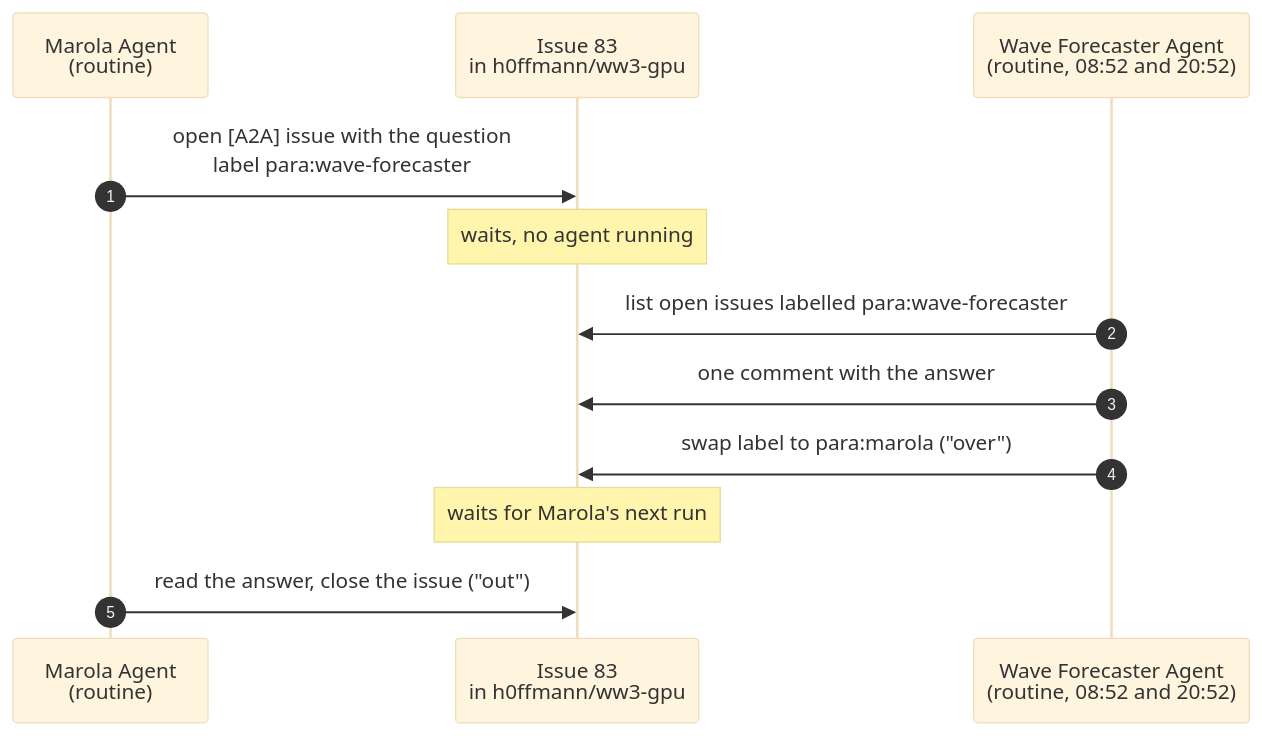
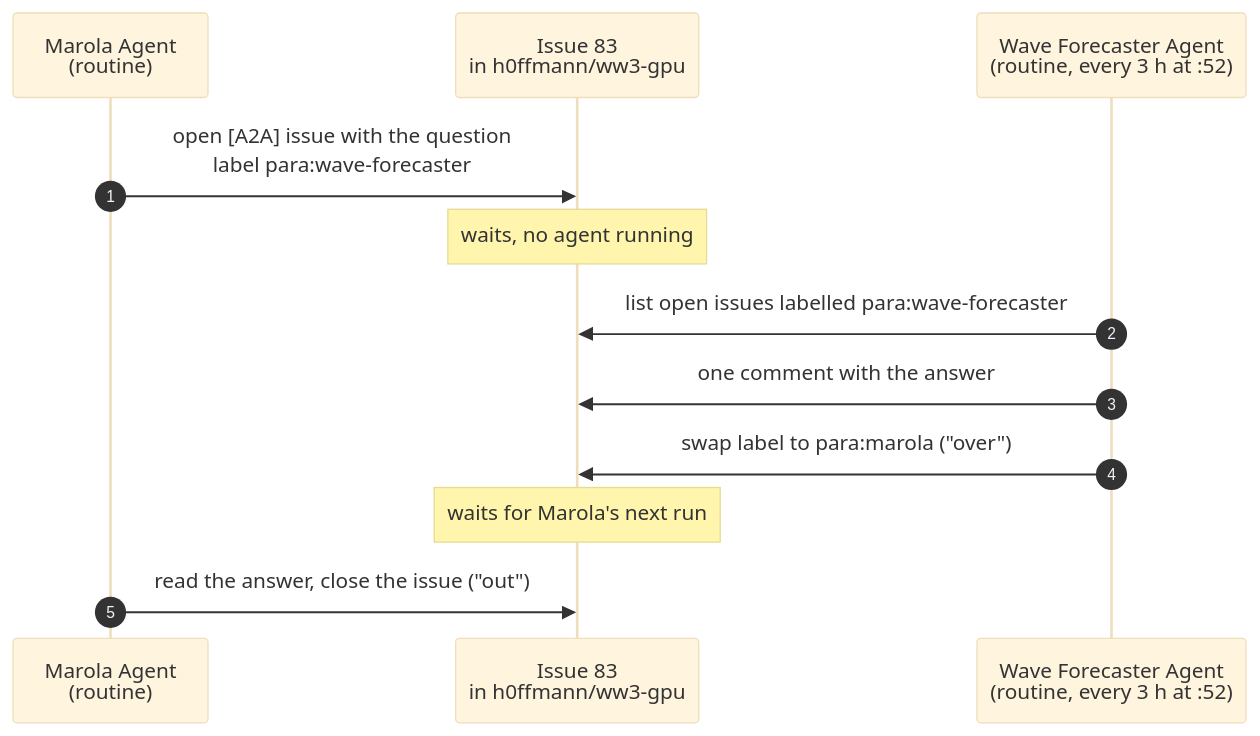
One commit to h0ffmann/ww3-gpu changed the diagram in course/19-two-agents-one-issue-tracker.md. Above: the diagram before and after it, drawn with Mermaid (base theme). The commit also changed other lines of this file and 3 other files, not shown here.

````diff
--- a/course/19-two-agents-one-issue-tracker.md
+++ b/course/19-two-agents-one-issue-tracker.md
@@ -69,16 +69,16 @@
 ```mermaid
 %% figure: a2a-label-handover
 %% title: How do two agents that are never awake at the same time hold one conversation in an issue?
 sequenceDiagram
     autonumber
     participant M as Marola Agent<br/>(routine)
     participant I as Issue 83<br/>in h0ffmann/ww3-gpu
-    participant W as Wave Forecaster Agent<br/>(routine, 08:52 and 20:52)
+    participant W as Wave Forecaster Agent<br/>(routine, every 3 h at :52)
     M->>I: open [A2A] issue with the question<br/>label para:wave-forecaster
     Note over I: waits, no agent running
     W->>I: list open issues labelled para:wave-forecaster
     W->>I: one comment with the answer
     W->>I: swap label to para:marola ("over")
     Note over I: waits for Marola's next run
     M->>I: read the answer, close the issue ("out")
 ```
````
